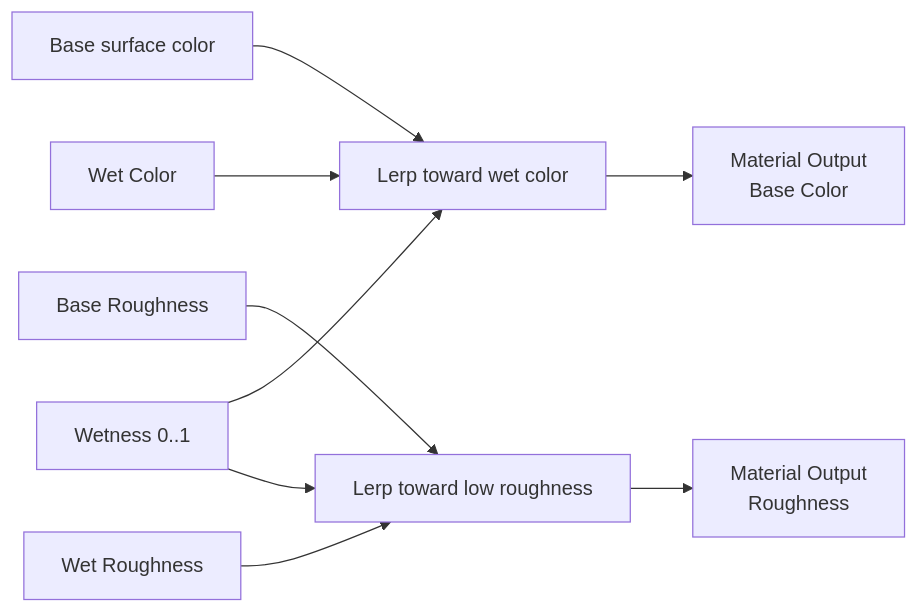
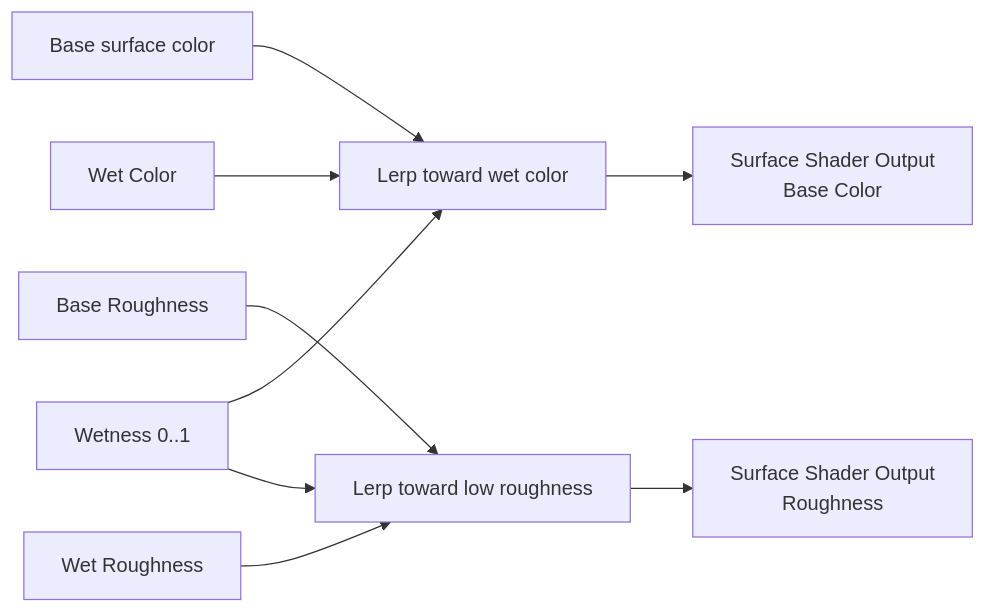
One commit to hcfgod/KeireEngine changed the second of 3 diagrams in Docs/Manual/MaterialGraphExamples.md. Above: the diagram before and after it, drawn with Mermaid. The commit also changed other lines of this file and 41 other files, not shown here.

````diff
--- a/Docs/Manual/MaterialGraphExamples.md
+++ b/Docs/Manual/MaterialGraphExamples.md
@@ -38,11 +40,11 @@
 ```mermaid
 flowchart LR
     BaseColor["Base surface color"] --> Darken["Lerp toward wet color"]
     WetColor["Wet Color"] --> Darken
     Wetness["Wetness 0..1"] --> Darken
     BaseRough["Base Roughness"] --> Smooth["Lerp toward low roughness"]
     WetRough["Wet Roughness"] --> Smooth
     Wetness --> Smooth
-    Darken --> ColorOut["Material Output<br/>Base Color"]
-    Smooth --> RoughOut["Material Output<br/>Roughness"]
+    Darken --> ColorOut["Surface Shader Output<br/>Base Color"]
+    Smooth --> RoughOut["Surface Shader Output<br/>Roughness"]
 ```
````
